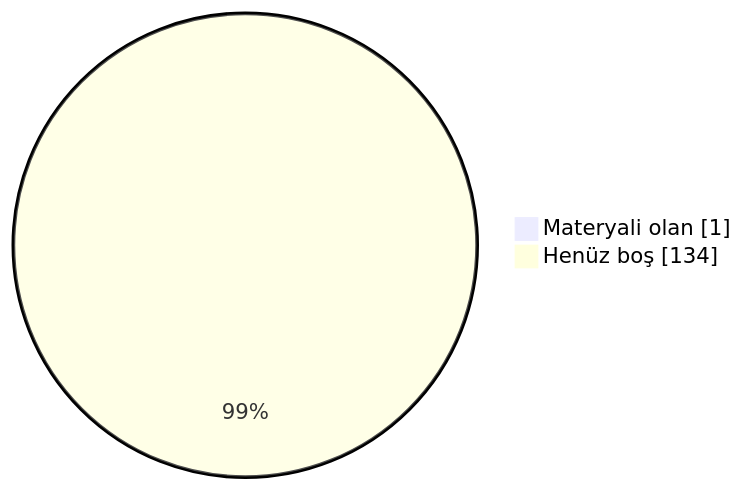
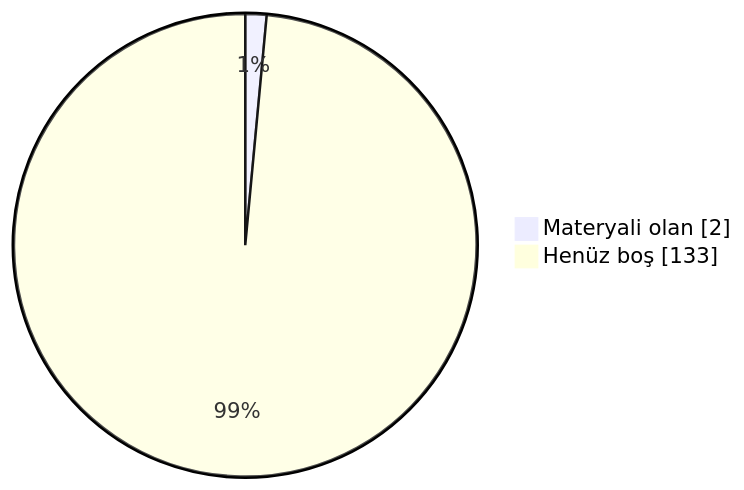
One commit to MarmaraArsiv/tek_makine changed the diagram in README.md. Above: the diagram before and after it, drawn with Mermaid. The commit also changed other lines of this file, not shown here.

````diff
--- a/README.md
+++ b/README.md
@@ -108,5 +108,5 @@
 ```mermaid
 pie showData
-  "Materyali olan" : 1
-  "Henüz boş" : 134
+  "Materyali olan" : 2
+  "Henüz boş" : 133
 ```
````
